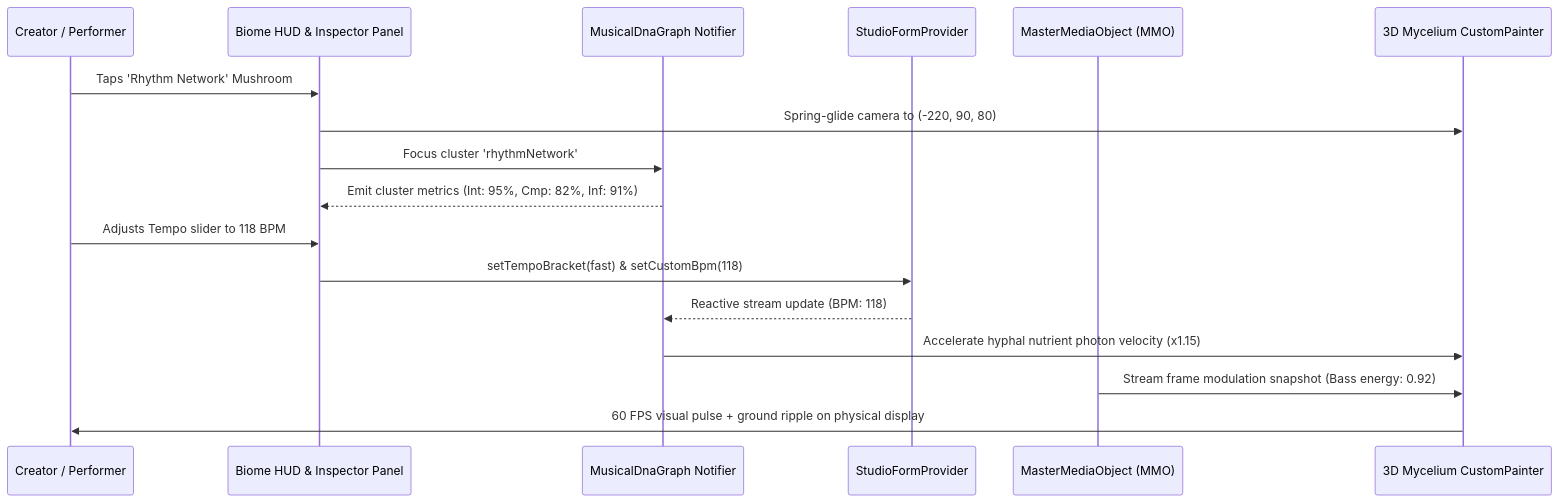
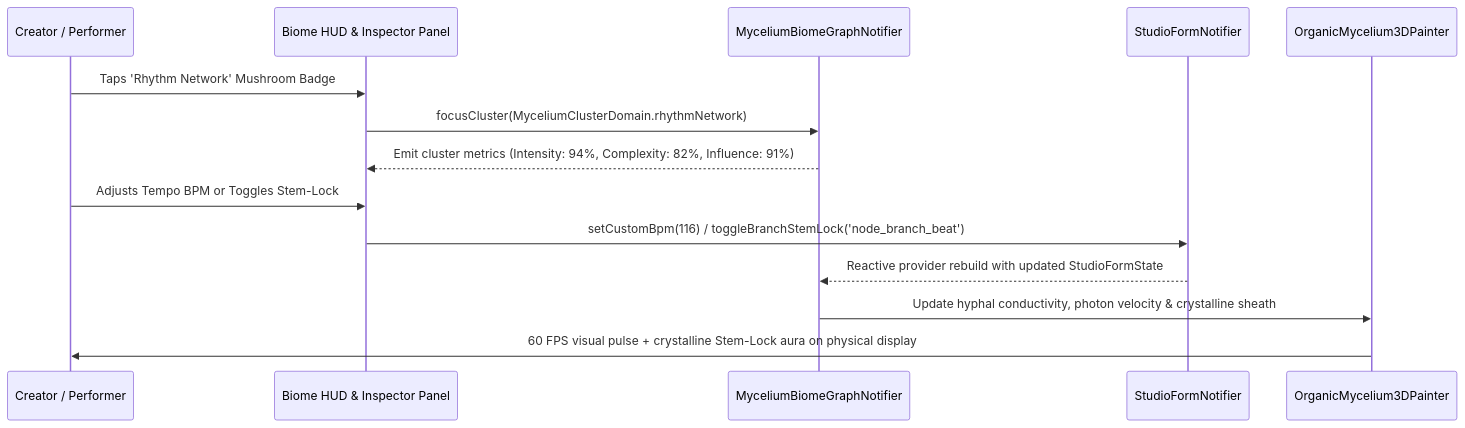
The second of 2 diagrams in docs/phases/phase_53_organic_mycelium_3d_biome/blueprint.md (Ndugelo-Code/vhunambi), drawn with Mermaid before and after one commit. The commit also changed other lines of this file and 72 other files, not shown here.

First line of the commit message:
feat(studio, biome, player): complete Phase 53-56 3D Mycelium Biome & Studio Cockpit overhaul

````diff
--- a/docs/phases/phase_53_organic_mycelium_3d_biome/blueprint.md
+++ b/docs/phases/phase_53_organic_mycelium_3d_biome/blueprint.md
@@ -422,20 +403,17 @@
 ```mermaid
 sequenceDiagram
     participant User as Creator / Performer
     participant HUD as Biome HUD & Inspector Panel
-    participant Graph as MusicalDnaGraph Notifier
-    participant Studio as StudioFormProvider
-    participant MMO as MasterMediaObject (MMO)
-    participant Painter as 3D Mycelium CustomPainter
+    participant Graph as MyceliumBiomeGraphNotifier
+    participant Studio as StudioFormNotifier
+    participant Painter as OrganicMycelium3DPainter
 
-    User->>HUD: Taps 'Rhythm Network' Mushroom
-    HUD->>Painter: Spring-glide camera to (-220, 90, 80)
-    HUD->>Graph: Focus cluster 'rhythmNetwork'
-    Graph-->>HUD: Emit cluster metrics (Int: 95%, Cmp: 82%, Inf: 91%)
-    User->>HUD: Adjusts Tempo slider to 118 BPM
-    HUD->>Studio: setTempoBracket(fast) & setCustomBpm(118)
-    Studio-->>Graph: Reactive stream update (BPM: 118)
-    Graph->>Painter: Accelerate hyphal nutrient photon velocity (x1.15)
-    MMO->>Painter: Stream frame modulation snapshot (Bass energy: 0.92)
-    Painter->>User: 60 FPS visual pulse + ground ripple on physical display
+    User->>HUD: Taps 'Rhythm Network' Mushroom Badge
+    HUD->>Graph: focusCluster(MyceliumClusterDomain.rhythmNetwork)
+    Graph-->>HUD: Emit cluster metrics (Intensity: 94%, Complexity: 82%, Influence: 91%)
+    User->>HUD: Adjusts Tempo BPM or Toggles Stem-Lock
+    HUD->>Studio: setCustomBpm(116) / toggleBranchStemLock('node_branch_beat')
+    Studio-->>Graph: Reactive provider rebuild with updated StudioFormState
+    Graph->>Painter: Update hyphal conductivity, photon velocity & crystalline sheath
+    Painter->>User: 60 FPS visual pulse + crystalline Stem-Lock aura on physical display
 ```
````
